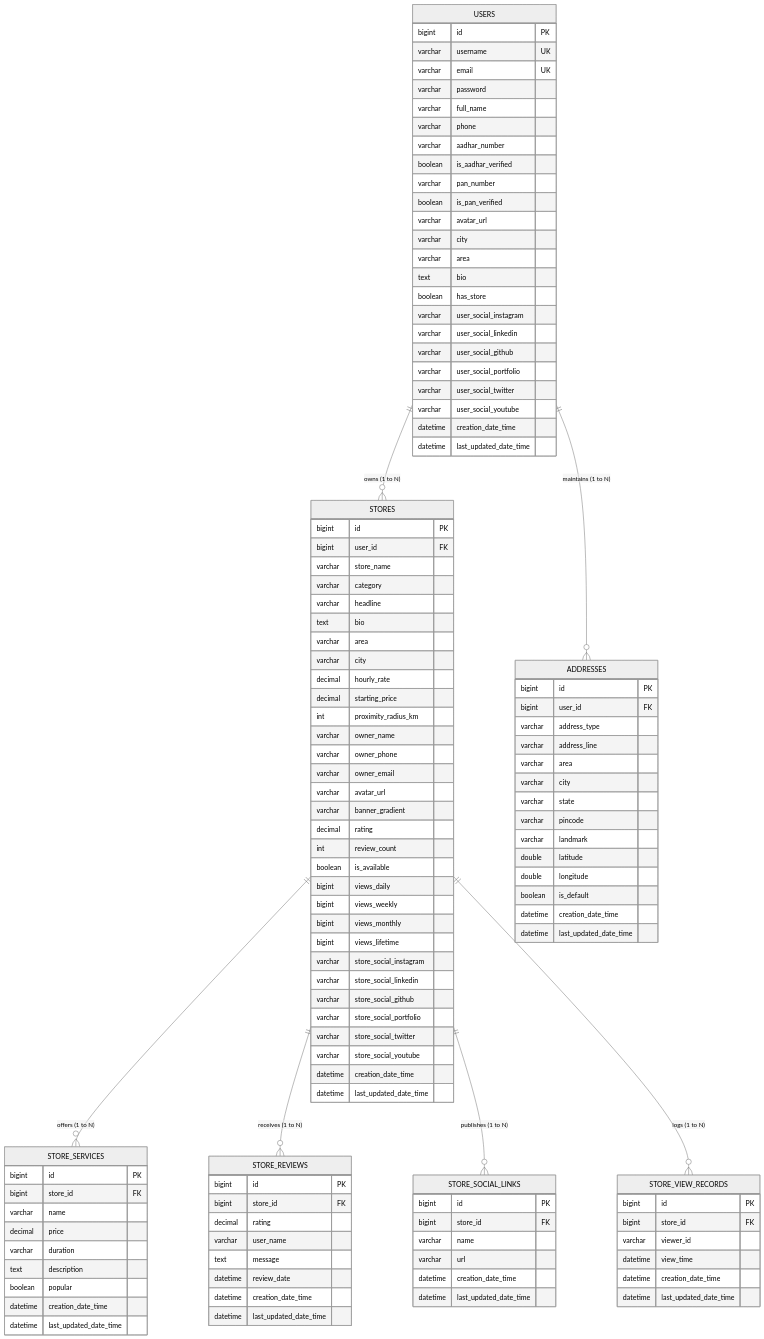
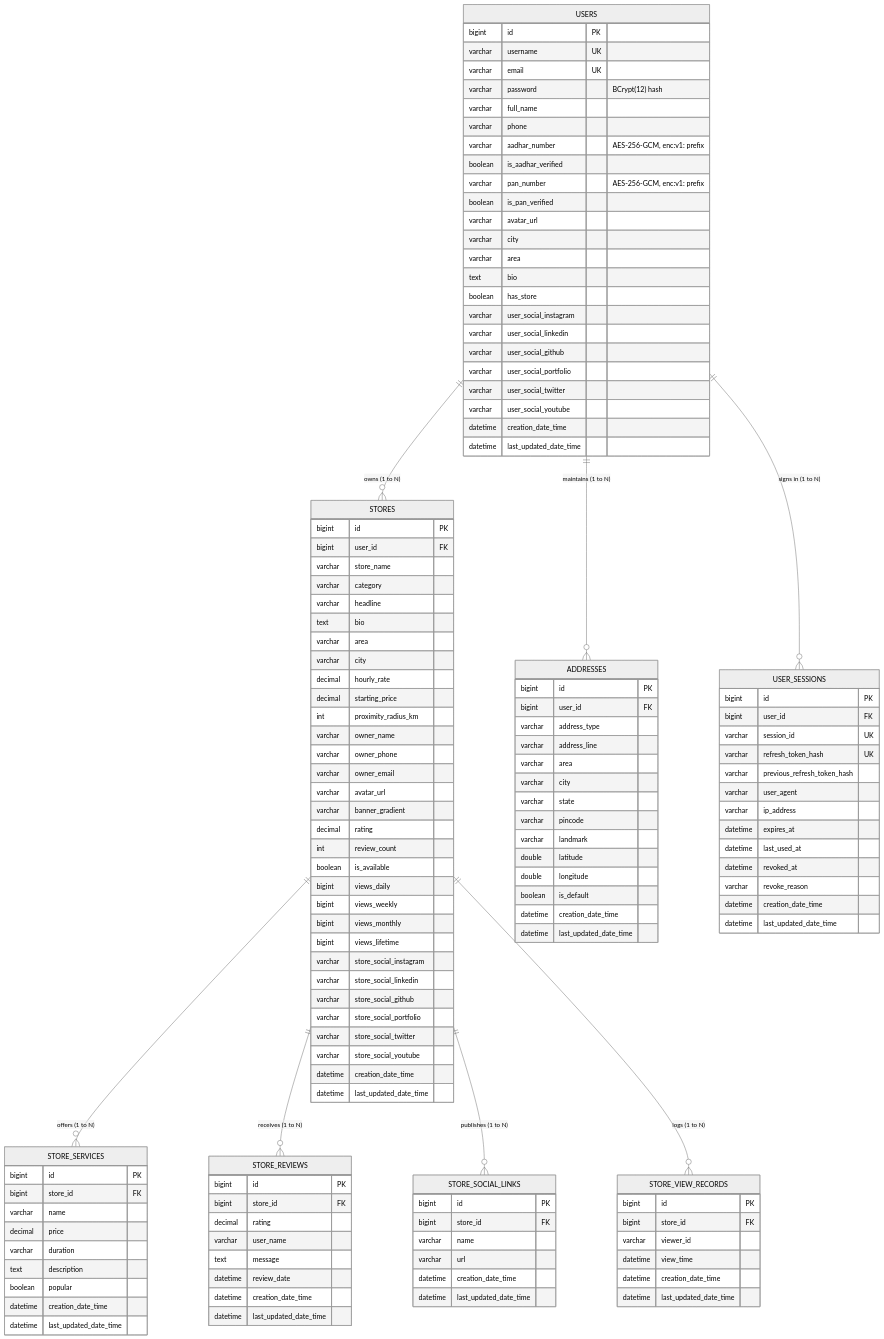
Before and after one commit to SubhamKrGuptaDev/AasPass-Freelancing: the third of 3 diagrams in doc/PROJECT_DETAILS.md, drawn with Mermaid (neutral theme). The commit also changed other lines of this file and 2 other files, not shown here.

```diff
--- a/doc/PROJECT_DETAILS.md
+++ b/doc/PROJECT_DETAILS.md
@@ -206,6 +209,7 @@
 erDiagram
     USERS ||--o{ STORES : "owns (1 to N)"
     USERS ||--o{ ADDRESSES : "maintains (1 to N)"
+    USERS ||--o{ USER_SESSIONS : "signs in (1 to N)"
     STORES ||--o{ STORE_SERVICES : "offers (1 to N)"
     STORES ||--o{ STORE_REVIEWS : "receives (1 to N)"
     STORES ||--o{ STORE_SOCIAL_LINKS : "publishes (1 to N)"
@@ -215,12 +219,12 @@
         bigint id PK
         varchar username UK
         varchar email UK
-        varchar password
+        varchar password "BCrypt(12) hash"
         varchar full_name
         varchar phone
-        varchar aadhar_number
+        varchar aadhar_number "AES-256-GCM, enc:v1: prefix"
         boolean is_aadhar_verified
-        varchar pan_number
+        varchar pan_number "AES-256-GCM, enc:v1: prefix"
         boolean is_pan_verified
         varchar avatar_url
         varchar city
@@ -233,6 +237,22 @@
         varchar user_social_portfolio
         varchar user_social_twitter
         varchar user_social_youtube
+        datetime creation_date_time
+        datetime last_updated_date_time
+    }
+
+    USER_SESSIONS {
+        bigint id PK
+        bigint user_id FK
+        varchar session_id UK
+        varchar refresh_token_hash UK
+        varchar previous_refresh_token_hash
+        varchar user_agent
+        varchar ip_address
+        datetime expires_at
+        datetime last_used_at
+        datetime revoked_at
+        varchar revoke_reason
         datetime creation_date_time
         datetime last_updated_date_time
     }
```
